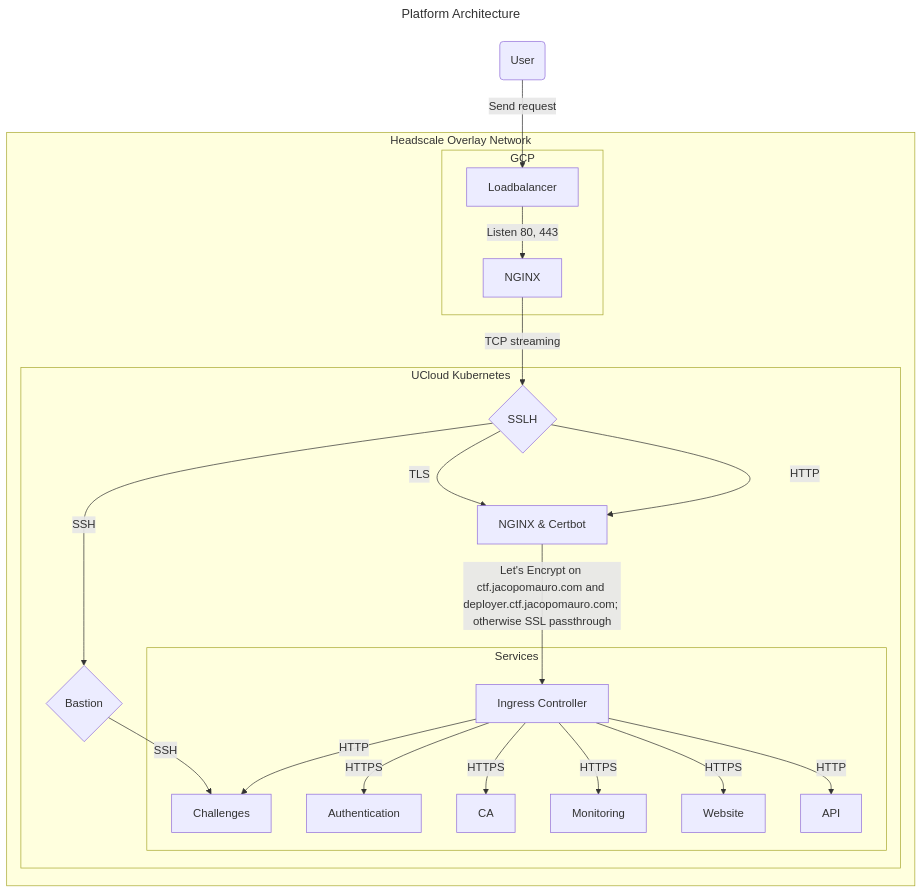
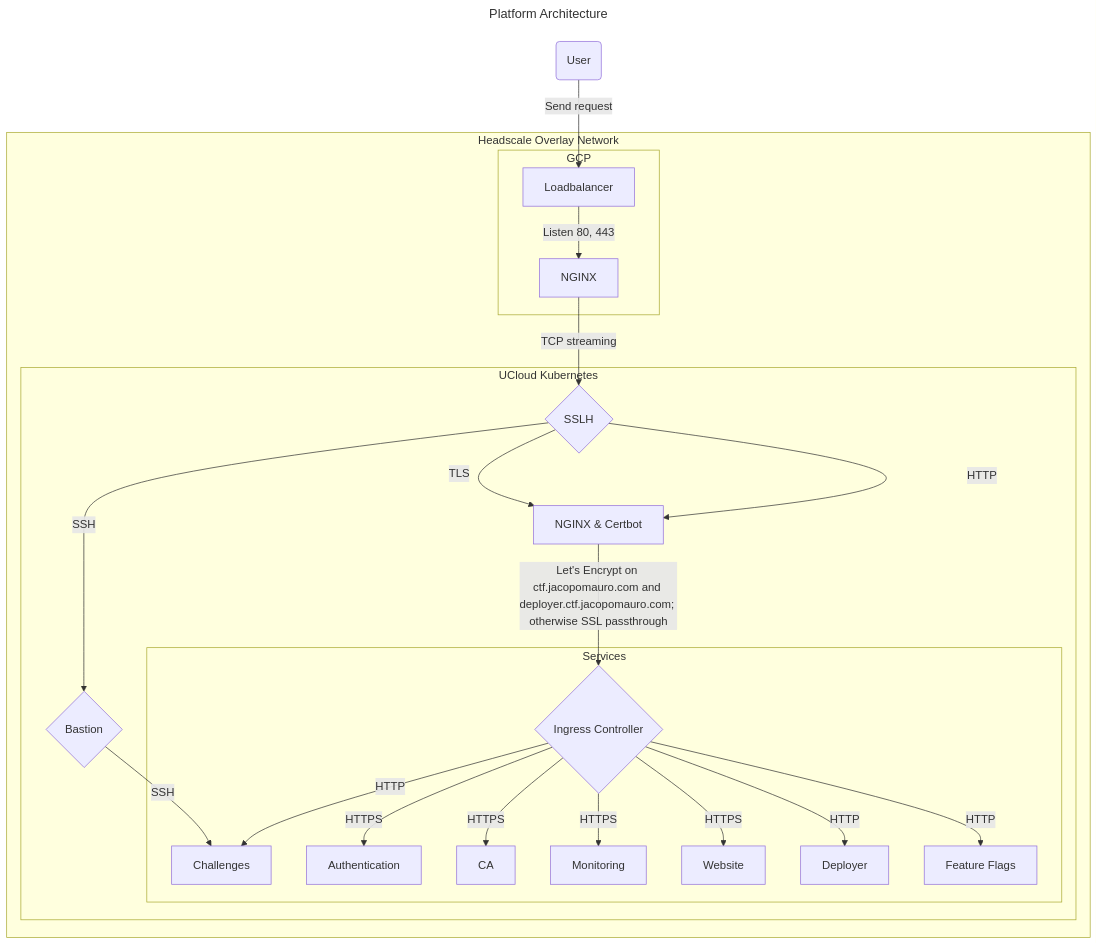
The first of 2 diagrams in README.md (mattrent/CTF-Platform), drawn with Mermaid before and after one commit. The commit also changed 2 other files, not shown here.

Commit message:
Added testing endpoint info

````diff
--- a/README.md
+++ b/README.md
@@ -62,28 +62,29 @@
 ```mermaid
 ---
 title: Platform Architecture
 ---
 graph TD
     A(User) -->|Send request| B[Loadbalancer]
 subgraph Headscale Overlay Network
 subgraph GCP
     B -->|Listen 80, 443| C[NGINX]
 end
 subgraph UCloud Kubernetes
     C -->|TCP streaming| J{SSLH}
     J -->|SSH| K{Bastion}
     J -->|TLS| L[NGINX & Certbot]
     J -->|HTTP| L
     K -->|SSH| E[Challenges]
-    L -->|Let's Encrypt on ctf.jacopomauro.com and deployer.ctf.jacopomauro.com; otherwise SSL passthrough| G[Ingress Controller]
+    L -->|Let's Encrypt on ctf.jacopomauro.com and deployer.ctf.jacopomauro.com; otherwise SSL passthrough| G{Ingress Controller}
 subgraph Services
     G -->|HTTPS| H[Authentication]
     G -->|HTTPS| I[CA]
     G -->|HTTP| E
     G -->|HTTPS| F[Monitoring]
     G -->|HTTPS| O[Website]
-    G -->|HTTP| P[API]
+    G -->|HTTP| P[Deployer]
+    G -->|HTTP| Q[Feature Flags]
 end
 end
 end
 ```
````
